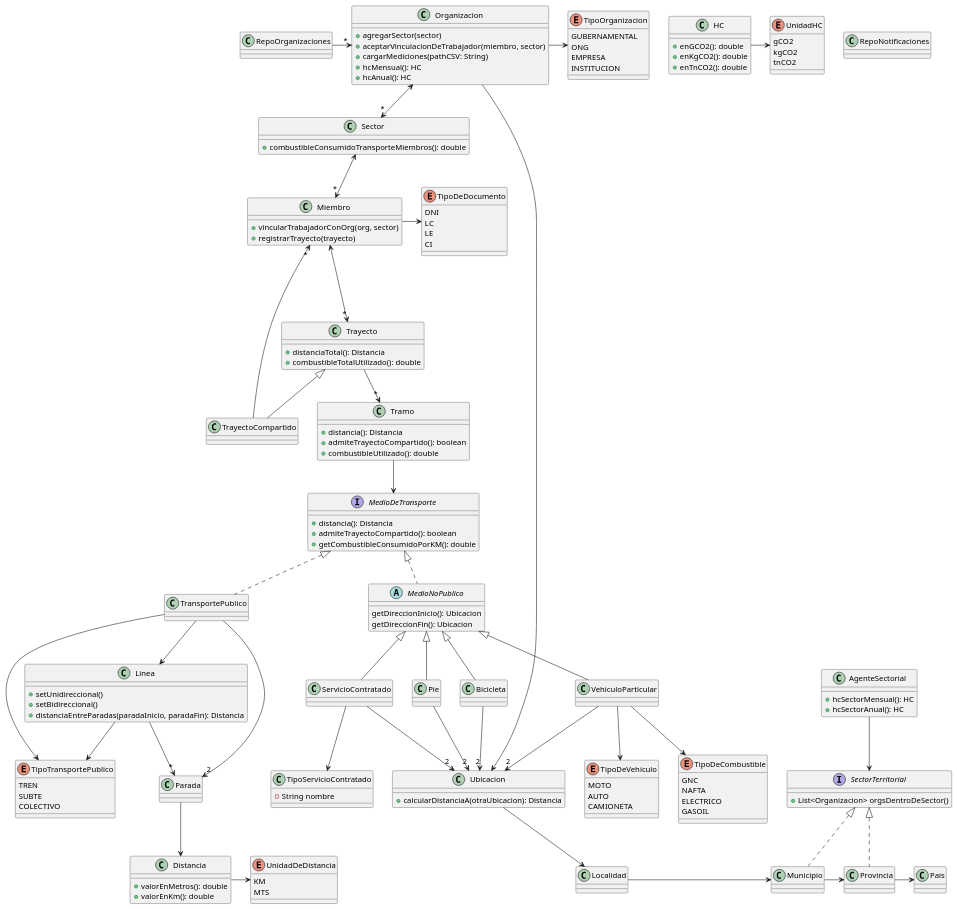
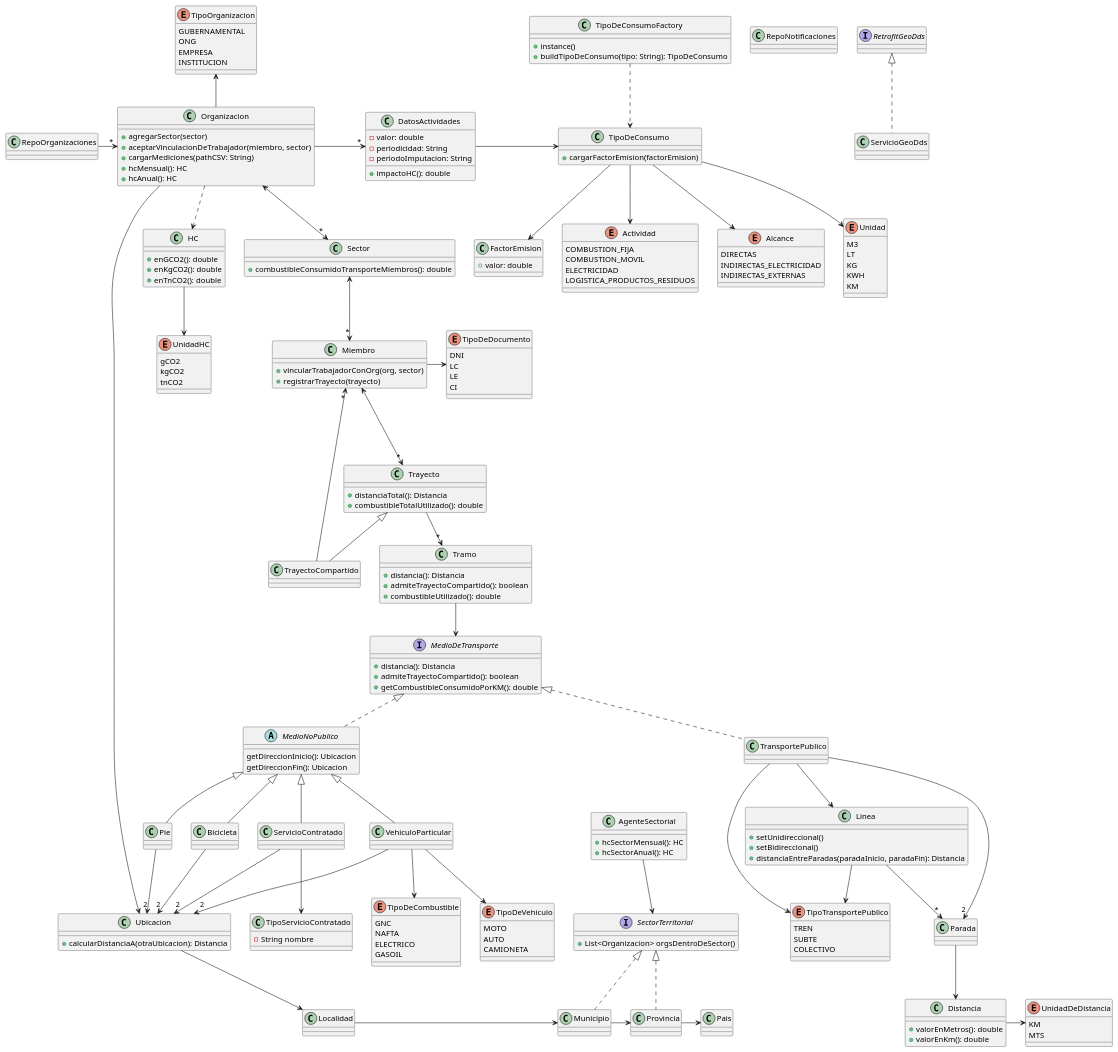
The diagram in nuevo_diagrama.puml (julian-salinas/dds-2022), drawn with PlantUML before and after one commit. The commit also changed other lines of this file and 7 other files, not shown here.

Commit message:
Diagrama de clases final v1

```diff
--- a/nuevo_diagrama.puml
+++ b/nuevo_diagrama.puml
@@ -42,21 +44,13 @@
     + calcularDistanciaA(otraUbicacion): Distancia
 }
 
-class Localidad {
+class Localidad {}
 
-}
+class Municipio implements SectorTerritorial{}
 
-class Municipio implements SectorTerritorial{
+class Provincia implements SectorTerritorial{}
 
-}
-
-class Provincia implements SectorTerritorial{
-
-}
-
-class Pais {
-
-}
+class Pais {}
 
 interface SectorTerritorial {
     + List<Organizacion> orgsDentroDeSector()
@@ -96,9 +90,7 @@
     + combustibleTotalUtilizado(): double
 }
 
-class TrayectoCompartido extends Trayecto {
-
-}
+class TrayectoCompartido extends Trayecto {}
 
 class Tramo {
     + distancia(): Distancia
@@ -118,9 +110,7 @@
   COLECTIVO
 }
 
-class TransportePublico implements MedioDeTransporte {
-    
-}
+class TransportePublico implements MedioDeTransporte {}
 
 class Linea {
     + setUnidireccional()
@@ -128,9 +118,7 @@
     + distanciaEntreParadas(paradaInicio, paradaFin): Distancia
 }
 
-class Parada {
-
-}
+class Parada {}
 
 abstract class MedioNoPublico implements MedioDeTransporte {
     getDireccionInicio(): Ubicacion
@@ -160,6 +148,54 @@
   GASOIL
 }
 
+' API
+
+interface RetrofitGeoDds {}
+class ServicioGeoDds implements RetrofitGeoDds {}
+
+' Datos de Actividades
+
+class DatosActividades {
+  - valor: double
+  - periodicidad: String
+  - periodoImputacion: String
+
+  + impactoHC(): double
+}
+
+enum Actividad {
+  COMBUSTION_FIJA
+  COMBUSTION_MOVIL
+  ELECTRICIDAD
+  LOGISTICA_PRODUCTOS_RESIDUOS
+}
+
+enum Alcance {
+  DIRECTAS
+  INDIRECTAS_ELECTRICIDAD
+  INDIRECTAS_EXTERNAS
+}
+
+enum Unidad {
+  M3
+  LT
+  KG
+  KWH
+  KM
+}
+
+class FactorEmision {
+  + valor: double
+}
+
+class TipoDeConsumo {
+  + cargarFactorEmision(factorEmision)
+}
+
+class TipoDeConsumoFactory {
+  + instance()
+  + buildTipoDeConsumo(tipo: String): TipoDeConsumo
+}
 
 Organizacion <--> "*" Sector
 Sector <--> "*" Miembro
@@ -169,7 +205,7 @@
 
 
 RepoOrganizaciones -> "*" Organizacion
-Organizacion -> TipoOrganizacion
+TipoOrganizacion <-- Organizacion
 Organizacion ---> Ubicacion
 Miembro -> TipoDeDocumento
 TrayectoCompartido --> "*" Miembro
@@ -195,6 +231,16 @@
 Provincia -> Pais
 AgenteSectorial --> SectorTerritorial
 
-HC -> UnidadHC
+Organizacion -> "*" DatosActividades
+DatosActividades -> TipoDeConsumo
+TipoDeConsumo --> Actividad
+TipoDeConsumo --> Alcance
+TipoDeConsumo --> Unidad
+TipoDeConsumo --> FactorEmision
+TipoDeConsumoFactory ..> TipoDeConsumo
+
+Organizacion ..> HC
+'HC <.... AgenteSectorial
+HC --> UnidadHC
 
 @enduml
```
